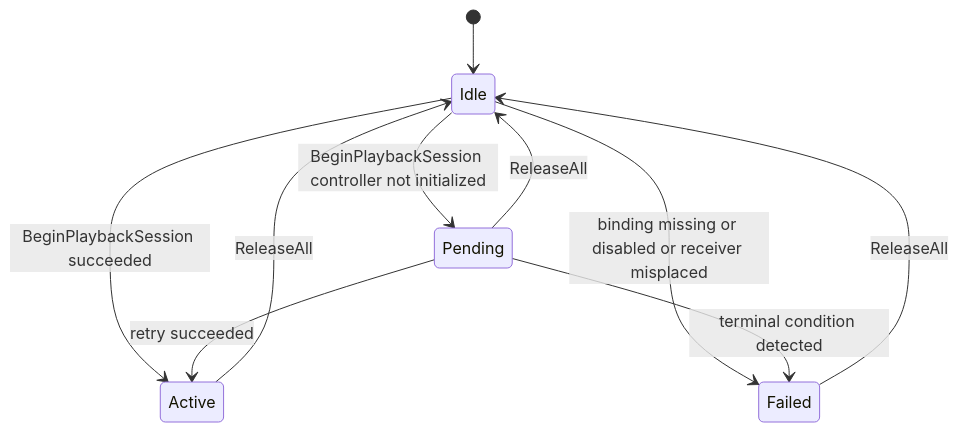
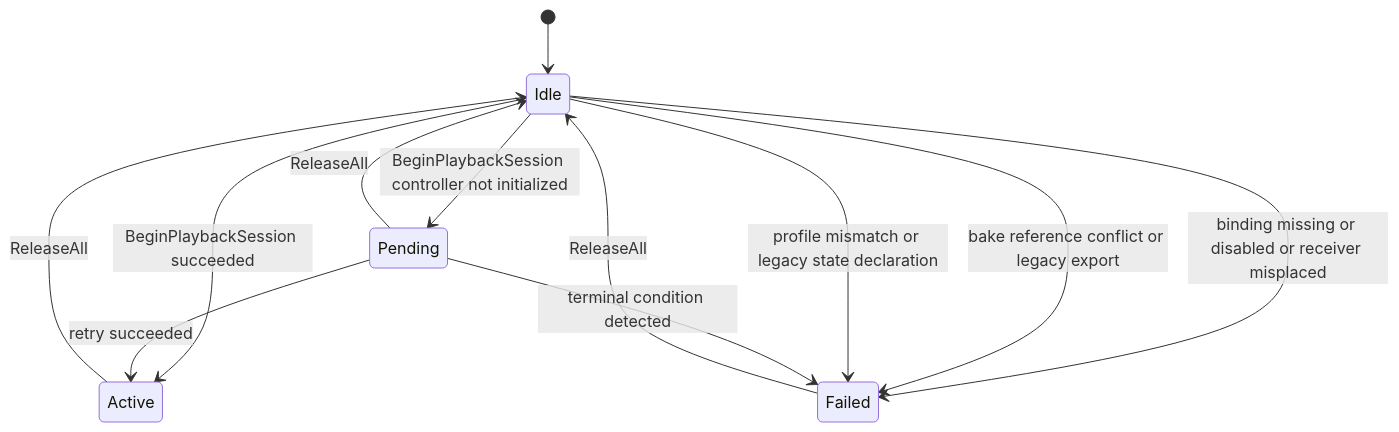
One commit to Hidano-Dev/FacialControl changed the fourth of 5 diagrams in .kiro/specs/timeline-playback-ux/design.md. Above: the diagram before and after it, drawn with Mermaid. The commit also changed other lines of this file and 2 other files, not shown here.

First line of the commit message:
timeline-playback-ux の design を validate-design 1 回目の指摘で改訂 (HID-144)

````diff
--- a/.kiro/specs/timeline-playback-ux/design.md
+++ b/.kiro/specs/timeline-playback-ux/design.md
@@ -351,12 +378,14 @@
 ```mermaid
 stateDiagram-v2
     [*] --> Idle
     Idle --> Pending: BeginPlaybackSession controller not initialized
     Idle --> Active: BeginPlaybackSession succeeded
     Idle --> Failed: binding missing or disabled or receiver misplaced
+    Idle --> Failed: bake reference conflict or legacy export
+    Idle --> Failed: profile mismatch or legacy state declaration
     Pending --> Active: retry succeeded
     Pending --> Failed: terminal condition detected
     Active --> Idle: ReleaseAll
     Pending --> Idle: ReleaseAll
     Failed --> Idle: ReleaseAll
 ```
````
